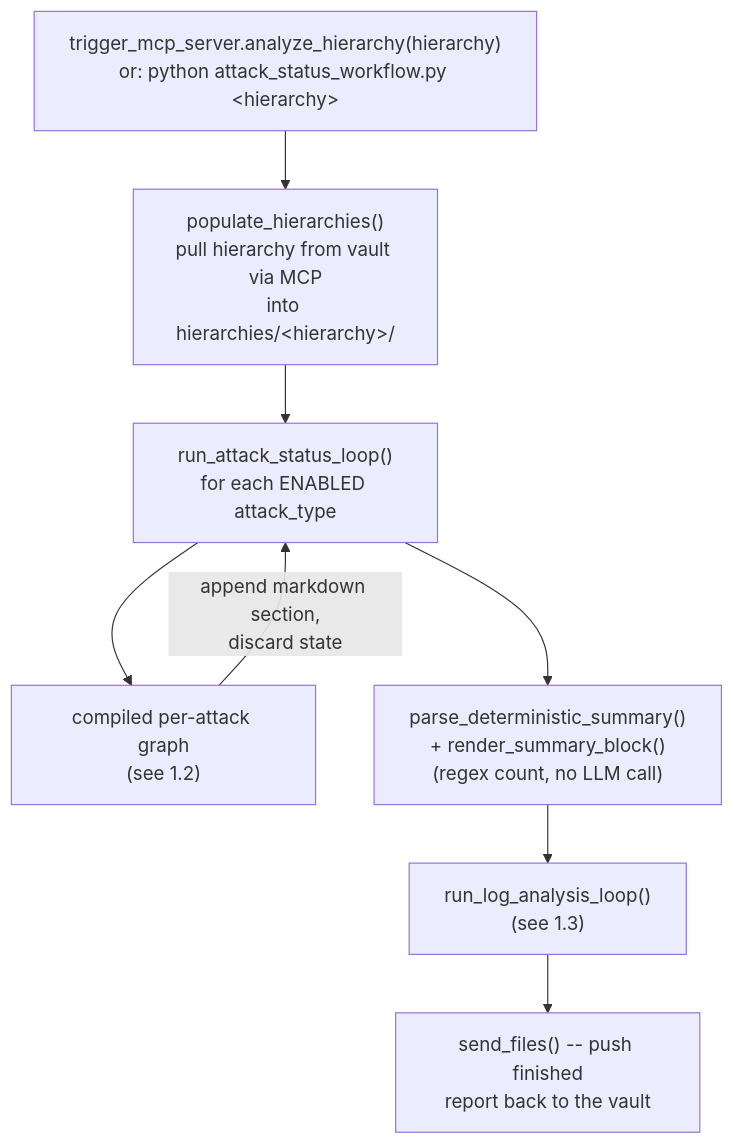
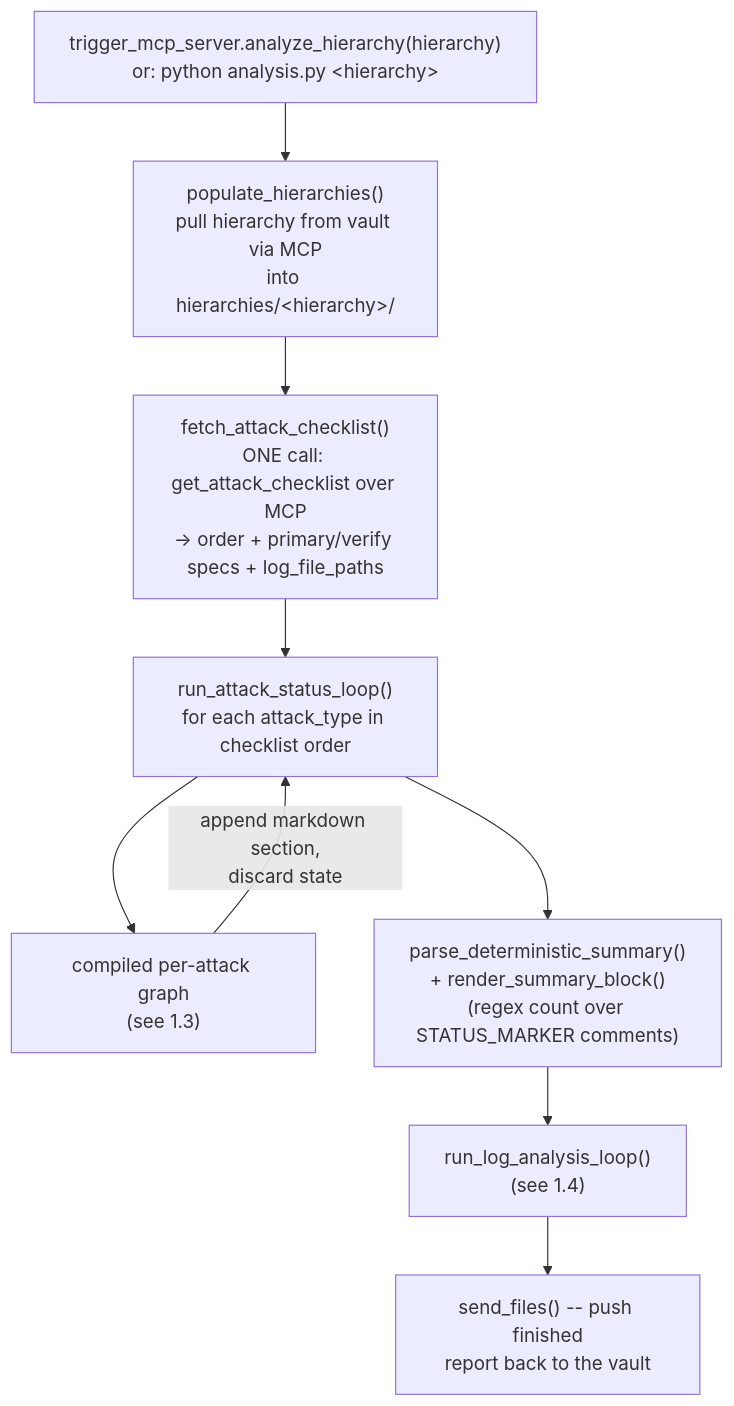
One commit to Vignesh-ViggyPiggy/cybersec_agent_with_langgraph_2 changed the first of 3 diagrams in DOCUMENTATION.md. Above: the diagram before and after it, drawn with Mermaid. The commit also changed other lines of this file and 7 other files, not shown here.

````diff
--- a/DOCUMENTATION.md
+++ b/DOCUMENTATION.md
@@ -21,10 +37,11 @@
 ```mermaid
 flowchart TD
-    A["trigger_mcp_server.analyze_hierarchy(hierarchy)\nor: python attack_status_workflow.py &lt;hierarchy&gt;"] --> B["populate_hierarchies()\npull hierarchy from vault via MCP\ninto hierarchies/&lt;hierarchy&gt;/"]
-    B --> C["run_attack_status_loop()\nfor each ENABLED attack_type"]
-    C --> D["compiled per-attack graph\n(see 1.2)"]
+    A["trigger_mcp_server.analyze_hierarchy(hierarchy)\nor: python analysis.py &lt;hierarchy&gt;"] --> B["populate_hierarchies()\npull hierarchy from vault via MCP\ninto hierarchies/&lt;hierarchy&gt;/"]
+    B --> C0["fetch_attack_checklist()\nONE call: get_attack_checklist over MCP\n-> order + primary/verify specs + log_file_paths"]
+    C0 --> C["run_attack_status_loop()\nfor each attack_type in checklist order"]
+    C --> D["compiled per-attack graph\n(see 1.3)"]
     D -->|"append markdown section,\ndiscard state"| C
-    C --> E["parse_deterministic_summary()\n+ render_summary_block()\n(regex count, no LLM call)"]
-    E --> F["run_log_analysis_loop()\n(see 1.3)"]
+    C --> E["parse_deterministic_summary()\n+ render_summary_block()\n(regex count over STATUS_MARKER comments)"]
+    E --> F["run_log_analysis_loop()\n(see 1.4)"]
     F --> G["send_files() -- push finished\nreport back to the vault"]
 ```
````
